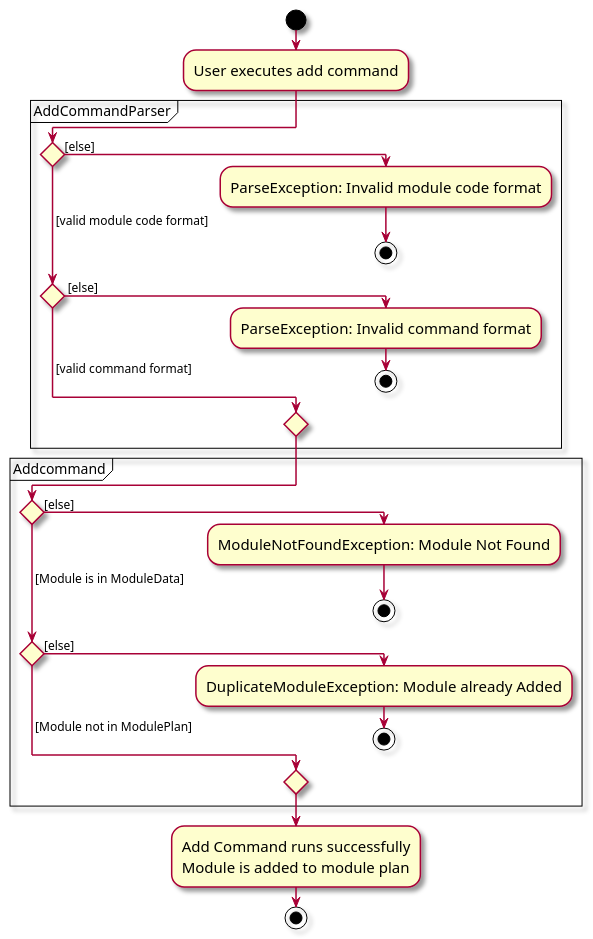
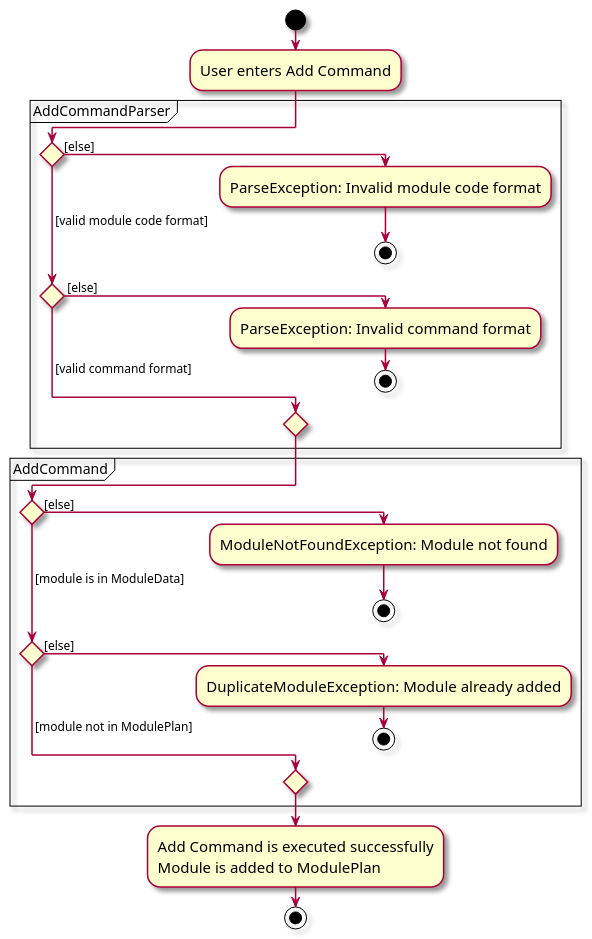
The diagram in diagrams/AddModuleActivityDiagram.puml (ji-just-ji/tp), drawn with PlantUML before and after one commit. The commit also changed 39 other files, not shown here.

```diff
--- a/diagrams/AddModuleActivityDiagram.puml
+++ b/diagrams/AddModuleActivityDiagram.puml
@@ -1,46 +1,44 @@
 @startuml
 skin rose
 skinparam ActivityFontSize 15
 skinparam ArrowFontSize 12
 !pragma useVerticalIf on
 start
-:User executes add command;
+:User enters Add Command;
 
 'Since the beta syntax does not support placing the condition outside the
 'diamond we place it as the true branch instead.
-
-
 
  partition AddCommandParser{
     if () then ([else])
         :ParseException: Invalid module code format;
            stop
 
     ( [valid module code format]) elseif () then ( [else])
         :ParseException: Invalid command format;
         stop
     else ( [valid command format])
 
     endif
-    }
+}
 
-partition Addcommand {
+partition AddCommand {
 
 if () then ([else])
-    :ModuleNotFoundException: Module Not Found;
+    :ModuleNotFoundException: Module not found;
     stop
-( [Module is in ModuleData]) elseif() then([else])
-    :DuplicateModuleException: Module already Added;
+( [module is in ModuleData]) elseif() then([else])
+    :DuplicateModuleException: Module already added;
     stop
+else ( [module not in ModulePlan] )
 
-else ( [Module not in ModulePlan] )
 endif
 }
 
-:Add Command runs successfully
-Module is added to module plan;
+:Add Command is executed successfully
+Module is added to ModulePlan;
 stop
 
 
 
 @enduml
```
